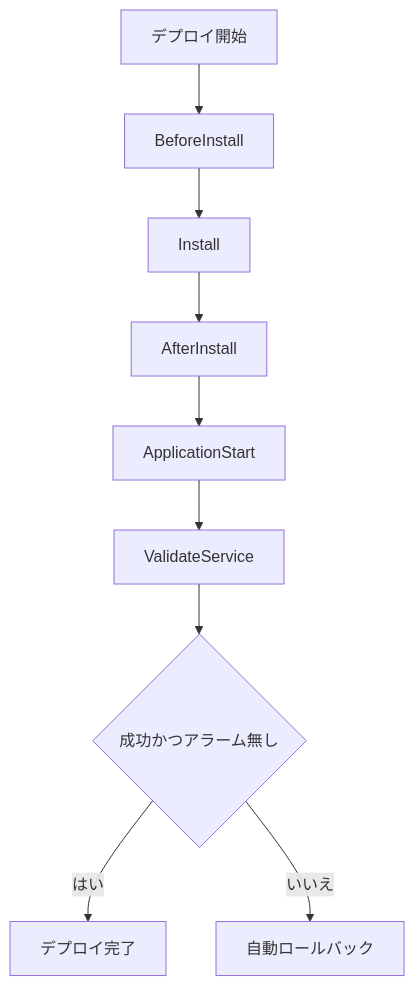
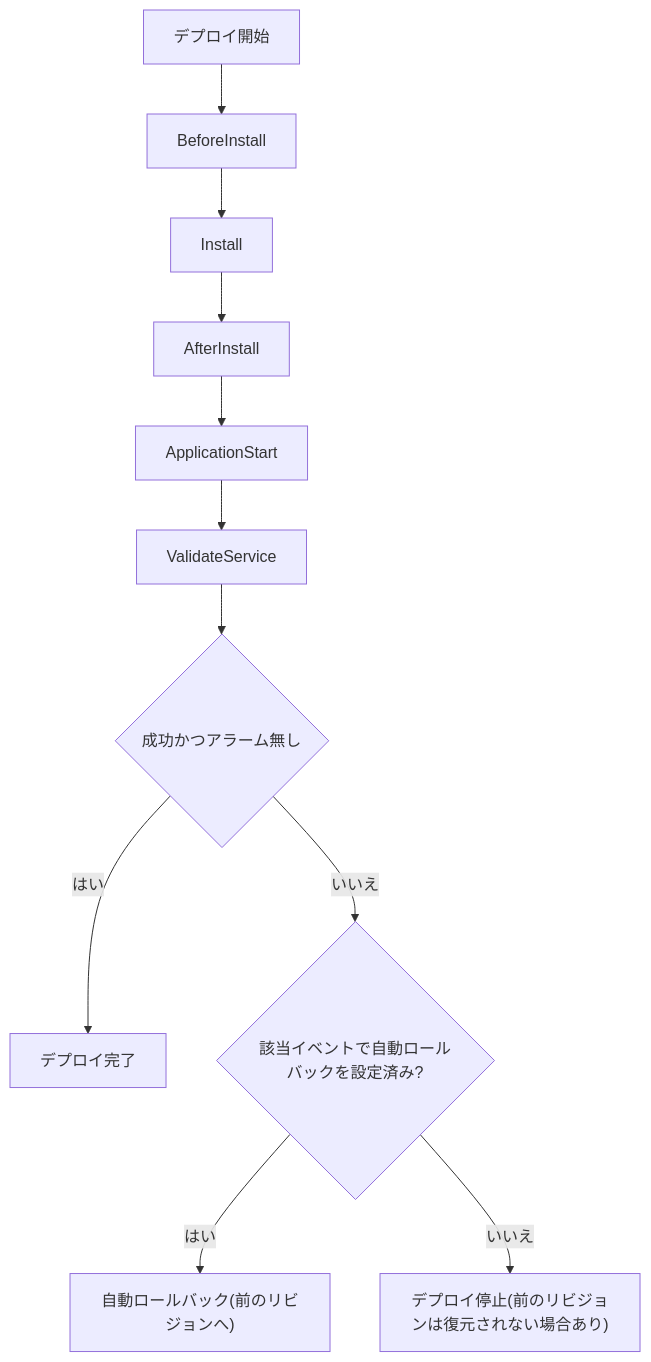
Diagram 12 of 23 in Aws-soa-c03-domain3-guide.md (myoshi2891/Cloud-Infrastructure-and-Network-Studies), drawn with Mermaid before and after one commit. The commit also changed other lines of this file, not shown here.

Commit message:
docs(aws): clarify CodeDeploy rollback behavior in SOA-C03 domain 3 guide

````diff
--- a/Aws-soa-c03-domain3-guide.md
+++ b/Aws-soa-c03-domain3-guide.md
@@ -723,11 +723,13 @@
 ```mermaid
 flowchart TD
     D["デプロイ開始"] --> H1["BeforeInstall"]
     H1 --> H2["Install"]
     H2 --> H3["AfterInstall"]
     H3 --> H4["ApplicationStart"]
     H4 --> H5["ValidateService"]
     H5 --> R{"成功かつアラーム無し"}
     R -- "はい" --> OK["デプロイ完了"]
-    R -- "いいえ" --> RB["自動ロールバック"]
+    R -- "いいえ" --> C{"該当イベントで自動ロールバックを設定済み?"}
+    C -- "はい" --> RB["自動ロールバック(前のリビジョンへ)"]
+    C -- "いいえ" --> ST["デプロイ停止(前のリビジョンは復元されない場合あり)"]
 ```
````
